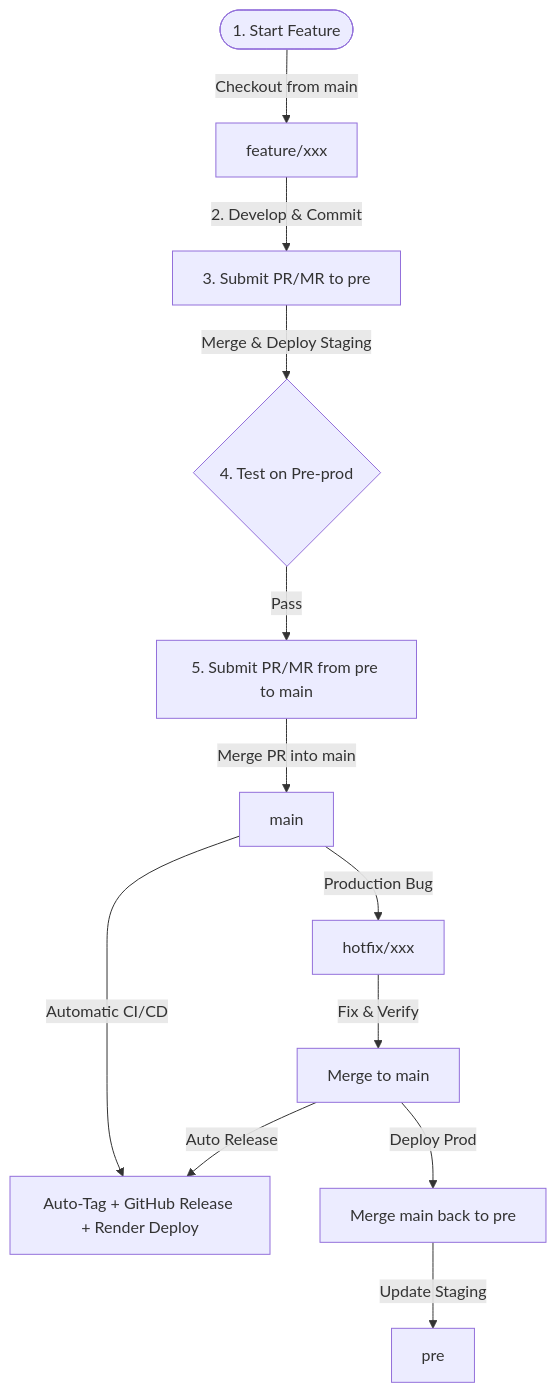
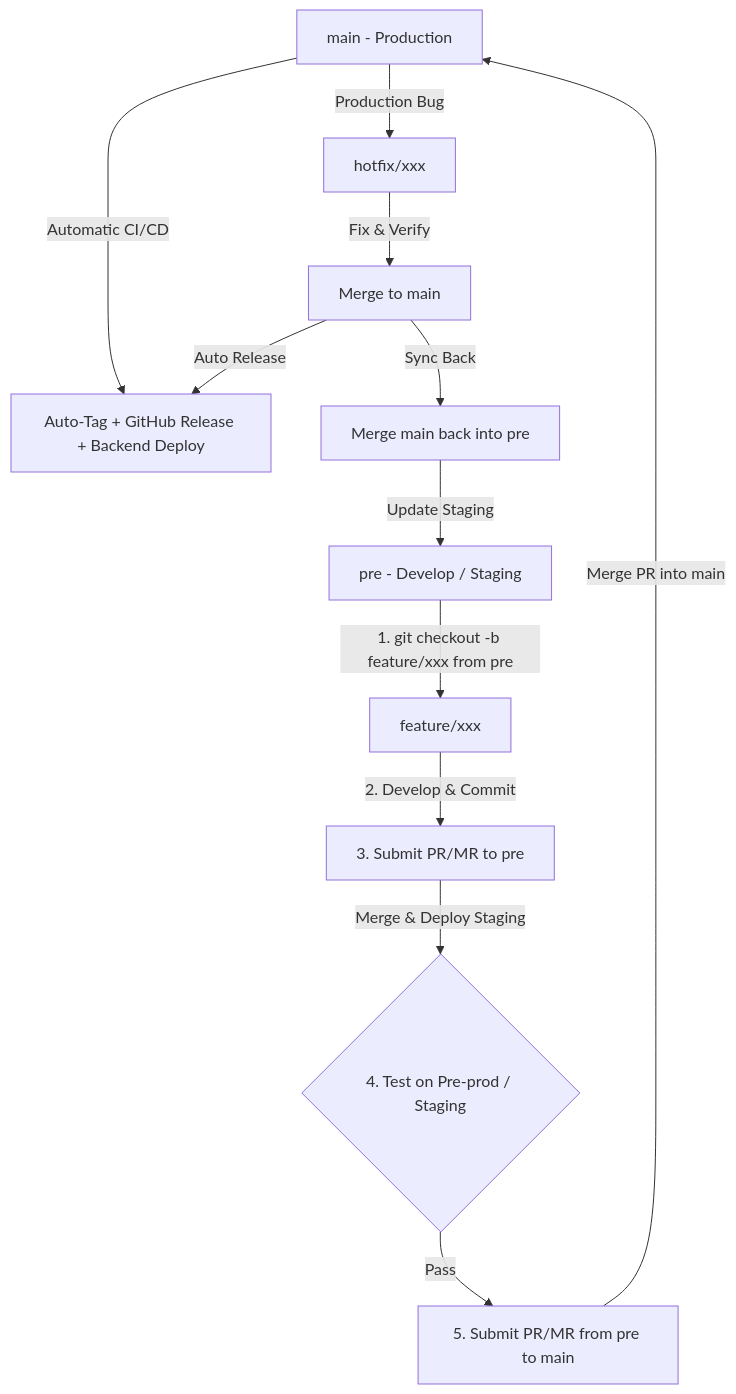
The diagram in docs/gitlab-flow.md (KiwiShare/kiwishare), drawn with Mermaid before and after one commit. The commit also changed other lines of this file and 45 other files, not shown here.

````diff
--- a/docs/gitlab-flow.md
+++ b/docs/gitlab-flow.md
@@ -17,22 +20,23 @@
 ```mermaid
 graph TD
     %% Main Branches
-    MainBranch[main]
-    PreBranch[pre]
+    MainBranch[main - Production]
+    PreBranch[pre - Develop / Staging]
     FeatureBranch[feature/xxx]
+    HotfixBranch[hotfix/xxx]
 
     %% Flow Steps
-    Start([1. Start Feature]) -->|Checkout from main| FeatureBranch
+    PreBranch -->|1. git checkout -b feature/xxx from pre| FeatureBranch
     FeatureBranch -->|2. Develop & Commit| TestPre[3. Submit PR/MR to pre]
-    TestPre -->|Merge & Deploy Staging| StagingTest{4. Test on Pre-prod}
+    TestPre -->|Merge & Deploy Staging| StagingTest{4. Test on Pre-prod / Staging}
     StagingTest -->|Pass| ProdPR[5. Submit PR/MR from pre to main]
     ProdPR -->|Merge PR into main| MainBranch
-    MainBranch -->|Automatic CI/CD| AutoRelease[Auto-Tag + GitHub Release + Render Deploy]
+    MainBranch -->|Automatic CI/CD| AutoRelease[Auto-Tag + GitHub Release + Backend Deploy]
     
     %% Hotfix Flow
-    MainBranch -->|Production Bug| HotfixBranch[hotfix/xxx]
+    MainBranch -->|Production Bug| HotfixBranch
     HotfixBranch -->|Fix & Verify| MergeMain[Merge to main]
     MergeMain -->|Auto Release| AutoRelease
-    MergeMain -->|Deploy Prod| SyncPre[Merge main back to pre]
+    MergeMain -->|Sync Back| SyncPre[Merge main back into pre]
     SyncPre -->|Update Staging| PreBranch
 ```
````
